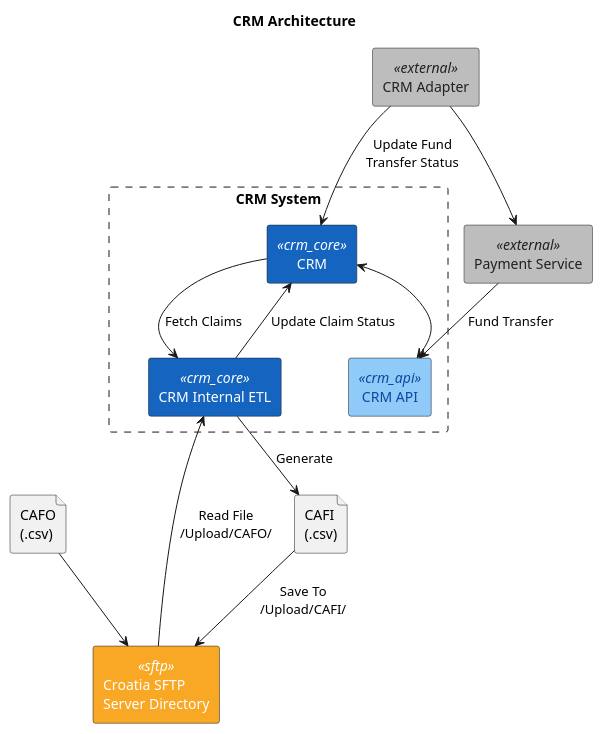
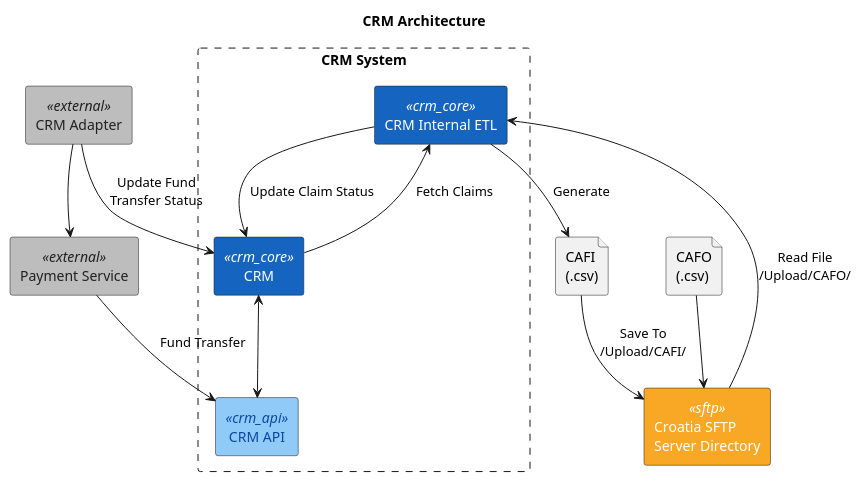
The diagram in crm_plantuml.puml (AdhamNour/plantuml_learning), drawn with PlantUML before and after one commit.

Commit message:
Reorient diagram to flow left to right
PlantUML only exposes top-down (default) and left-to-right as global
directions; there's no literal bottom-to-top mode, and forcing one
with aggressive per-edge hints broke the layout (labels overlapping
the boundary). Two targeted layout hints get a clean horizontal
result instead: the SFTP -> ETL read-back arrow now routes left
instead of arcing over the file icons, and CRM Adapter / Payment
Service sit side by side rather than stacked, so the diagram reads
external actors -> CRM core -> files/SFTP, left to right, with no
crossing lines.

```diff
--- a/crm_plantuml.puml
+++ b/crm_plantuml.puml
@@ -1,55 +1,55 @@
 @startuml CRM_Architecture
 title CRM Architecture
 
 skinparam rectangle {
   BackgroundColor<<crm_core>> #1565C0
   FontColor<<crm_core>> white
   BackgroundColor<<crm_api>> #90CAF9
   FontColor<<crm_api>> #0D47A1
   BackgroundColor<<sftp>> #F9A825
   FontColor<<sftp>> white
   BackgroundColor<<external>> #BDBDBD
   FontColor<<external>> #212121
 }
 
 skinparam defaultFontName Arial
 skinparam shadowing false
 skinparam nodesep 45
 skinparam ranksep 55
 
 rectangle "CRM System" as boundary #line.dashed {
   rectangle "CRM" as CRM <<crm_core>>
   rectangle "CRM Internal ETL" as ETL <<crm_core>>
   rectangle "CRM API" as API <<crm_api>>
 }
 
 file "CAFO\n(.csv)" as CAFO
 rectangle "Croatia SFTP\nServer Directory" as SFTP <<sftp>>
 file "CAFI\n(.csv)" as CAFI
 
 rectangle "CRM Adapter" as Adapter <<external>>
 rectangle "Payment Service" as Payment <<external>>
 
 ' Internal ETL flows
 CRM --> ETL : Fetch Claims
 ETL --> CRM : Update Claim Status
 
 ' CRM <-> API
 CRM <--> API
 
 ' File generation and SFTP
 ETL --> CAFI : Generate
 CAFI --> SFTP : Save To\n/Upload/CAFI/
 
 ' SFTP back to ETL
-SFTP --> ETL : Read File\n/Upload/CAFO/
+SFTP -left-> ETL : Read File\n/Upload/CAFO/
 
 ' CAFO on SFTP
 CAFO --> SFTP
 
 ' External flows
 Adapter --> CRM : Update Fund\nTransfer Status
-Adapter --> Payment
+Adapter -right-> Payment
 Payment --> API : Fund Transfer
 
 @enduml
```
